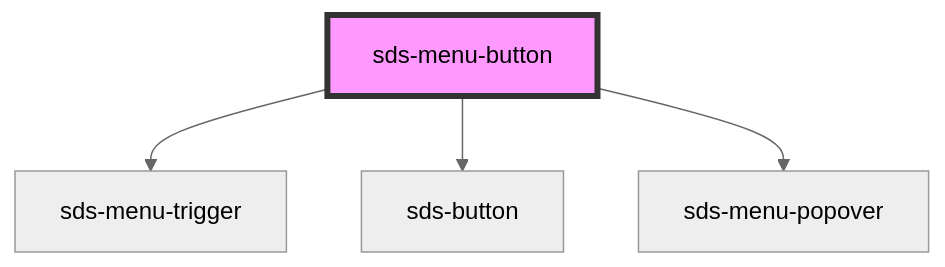
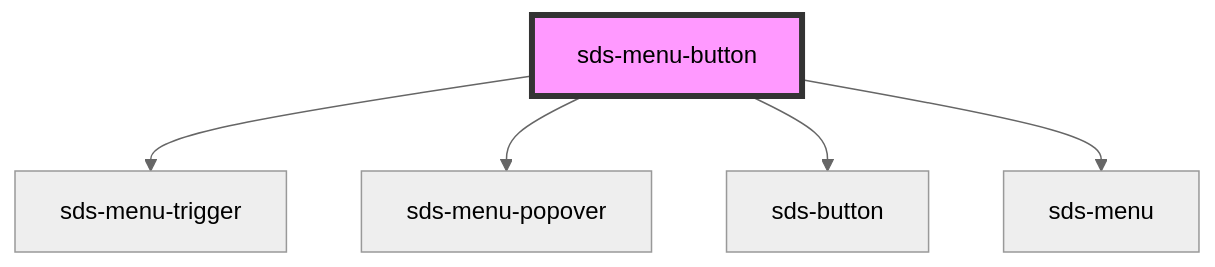
The diagram in packages/sds-web-components/src/ui/primitives/Menu/sds-menu-button/readme.md (chodgesfigma/sds-mono), drawn with Mermaid (neutral theme) before and after one commit. The commit also changed other lines of this file and 24 other files, not shown here.

````diff
--- a/packages/sds-web-components/src/ui/primitives/Menu/sds-menu-button/readme.md
+++ b/packages/sds-web-components/src/ui/primitives/Menu/sds-menu-button/readme.md
@@ -48,7 +61,8 @@
 ```mermaid
 graph TD;
   sds-menu-button --> sds-menu-trigger
+  sds-menu-button --> sds-menu-popover
   sds-menu-button --> sds-button
-  sds-menu-button --> sds-menu-popover
+  sds-menu-button --> sds-menu
   style sds-menu-button fill:#f9f,stroke:#333,stroke-width:4px
 ```
````
